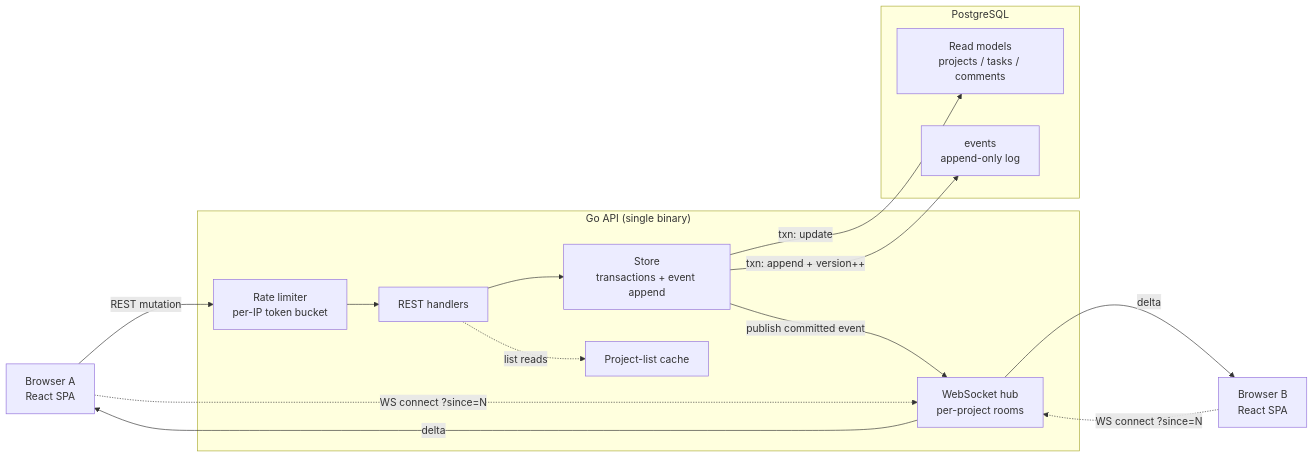
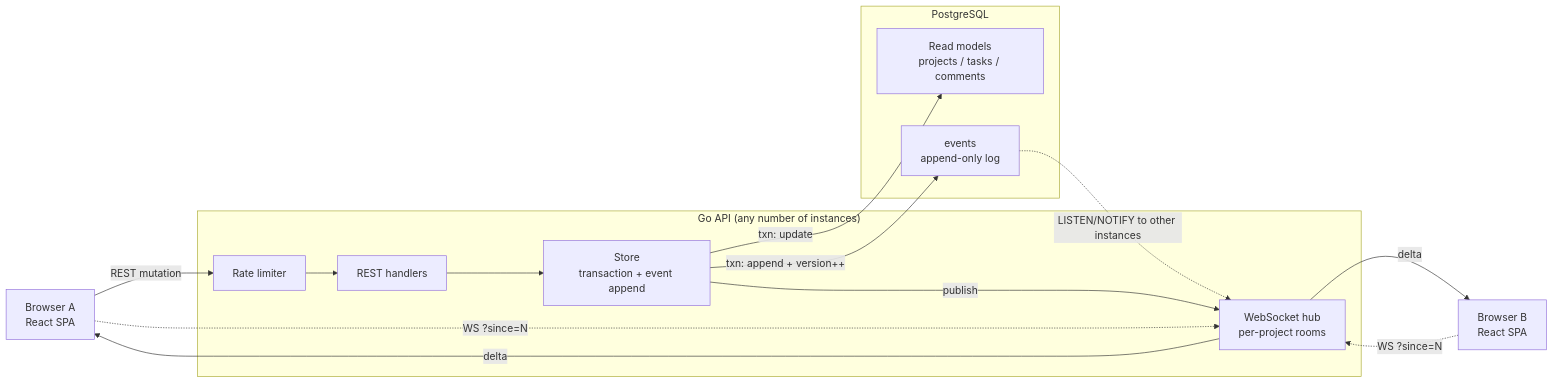
One commit to AkashRupapara/taskflow changed the first of 3 diagrams in README.md. Above: the diagram before and after it, drawn with Mermaid. The commit also changed other lines of this file, not shown here.

````diff
--- a/README.md
+++ b/README.md
@@ -48,30 +74,27 @@
 ```mermaid
 flowchart LR
   A["Browser A<br/>React SPA"]
   B["Browser B<br/>React SPA"]
 
-  subgraph API["Go API (single binary)"]
-    RL["Rate limiter<br/>per-IP token bucket"]
+  subgraph API["Go API (any number of instances)"]
+    RL["Rate limiter"]
     REST["REST handlers"]
-    STORE["Store<br/>transactions + event append"]
+    STORE["Store<br/>transaction + event append"]
     HUB["WebSocket hub<br/>per-project rooms"]
-    CACHE["Project-list cache"]
   end
 
   subgraph PG["PostgreSQL"]
     RM["Read models<br/>projects / tasks / comments"]
     LOG["events<br/>append-only log"]
   end
 
-  A -->|"REST mutation"| RL
-  RL --> REST
-  REST --> STORE
-  REST -.->|"list reads"| CACHE
+  A -->|"REST mutation"| RL --> REST --> STORE
   STORE -->|"txn: update"| RM
   STORE -->|"txn: append + version++"| LOG
-  STORE -->|"publish committed event"| HUB
-  A -.->|"WS connect ?since=N"| HUB
-  B -.->|"WS connect ?since=N"| HUB
+  STORE -->|"publish"| HUB
+  LOG -.->|"LISTEN/NOTIFY to other instances"| HUB
+  A -.->|"WS ?since=N"| HUB
+  B -.->|"WS ?since=N"| HUB
   HUB -->|"delta"| A
   HUB -->|"delta"| B
 ```
````
